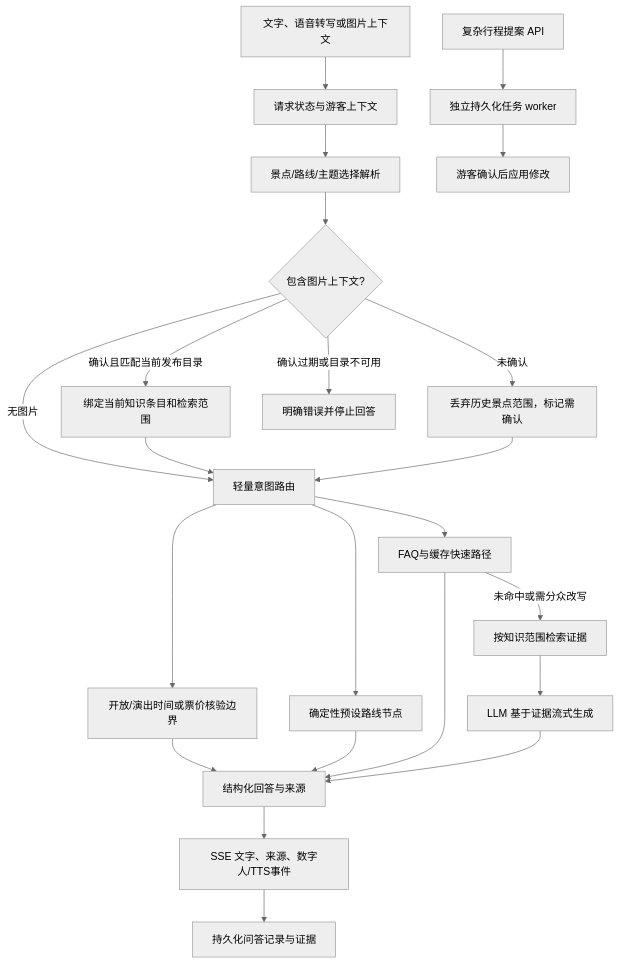
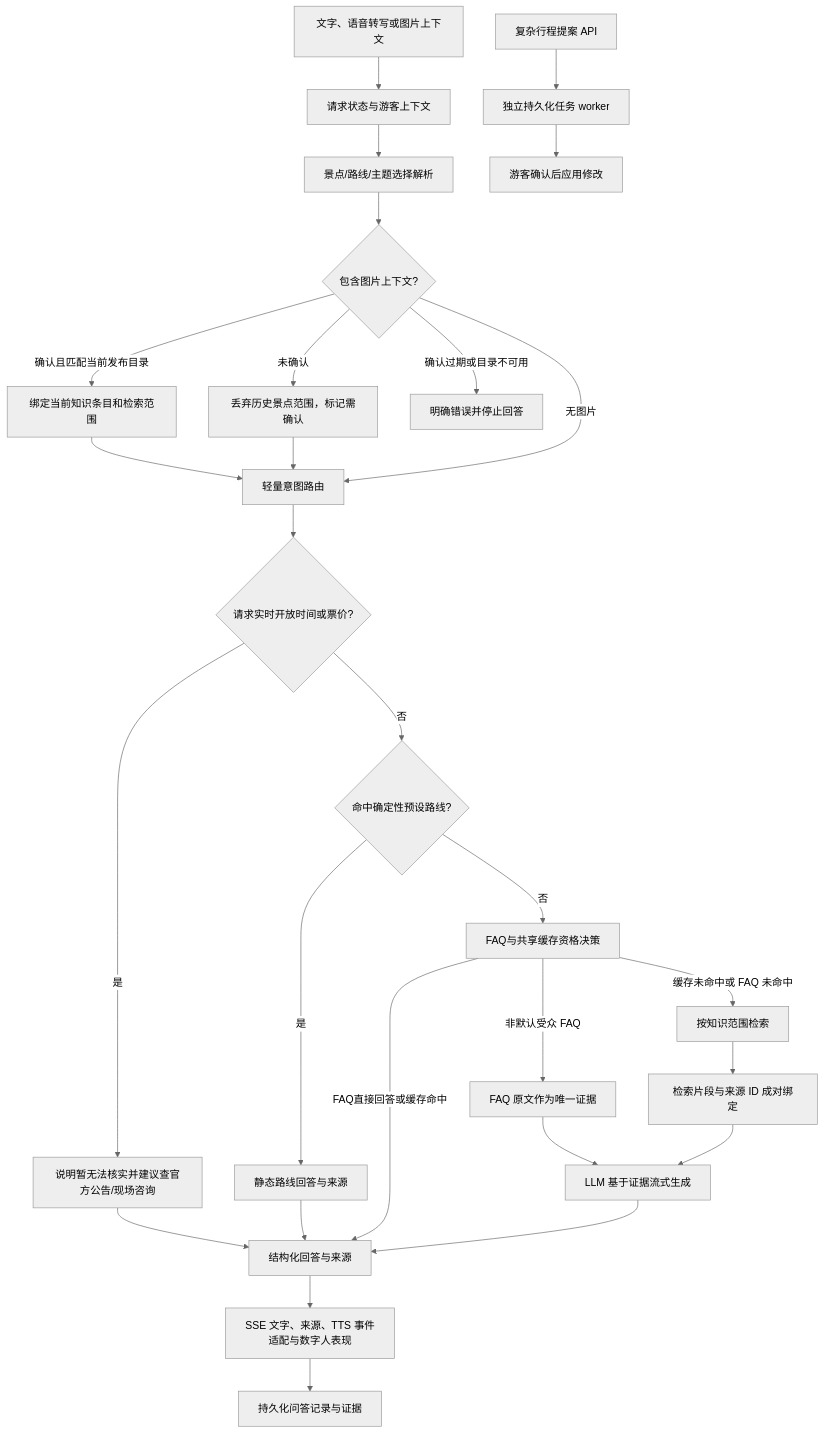
One commit to yumir3297/RuanJianBei changed the diagram in docs/architecture/TARGET.md. Above: the diagram before and after it, drawn with Mermaid (neutral theme). The commit also changed other lines of this file and 1 other file, not shown here.

Commit message:
docs: align target graph with QA evidence nodes

````diff
--- a/docs/architecture/TARGET.md
+++ b/docs/architecture/TARGET.md
@@ -9,25 +9,30 @@
 ```mermaid
 flowchart TD
   Input[文字、语音转写或图片上下文] --> State[请求状态与游客上下文]
   State --> Select[景点/路线/主题选择解析]
   Select --> Vision{包含图片上下文?}
   Vision -->|确认且匹配当前发布目录| Scope[绑定当前知识条目和检索范围]
   Vision -->|未确认| Unscoped[丢弃历史景点范围，标记需确认]
   Vision -->|确认过期或目录不可用| Stop[明确错误并停止回答]
   Vision -->|无图片| Intent[轻量意图路由]
   Scope --> Intent
   Unscoped --> Intent
-  Intent --> Schedule[开放/演出时间或票价核验边界]
-  Intent --> Route[确定性预设路线节点]
-  Intent --> Fast[FAQ与缓存快速路径]
-  Fast -->|未命中或需分众改写| RAG[按知识范围检索证据]
-  RAG --> Generate[LLM 基于证据流式生成]
-  Schedule --> Answer[结构化回答与来源]
-  Route --> Answer
-  Fast --> Answer
+  Intent --> Schedule{请求实时开放时间或票价?}
+  Schedule -->|是| Guarded[说明暂无法核实并建议查官方公告/现场咨询]
+  Schedule -->|否| Route{命中确定性预设路线?}
+  Route -->|是| RouteAnswer[静态路线回答与来源]
+  Route -->|否| Fast[FAQ与共享缓存资格决策]
+  Fast -->|FAQ直接回答或缓存命中| Answer[结构化回答与来源]
+  Fast -->|非默认受众 FAQ| FaqEvidence[FAQ 原文作为唯一证据]
+  Fast -->|缓存未命中或 FAQ 未命中| RAG[按知识范围检索]
+  FaqEvidence --> Generate[LLM 基于证据流式生成]
+  RAG --> Evidence[检索片段与来源 ID 成对绑定]
+  Evidence --> Generate
+  Guarded --> Answer
+  RouteAnswer --> Answer
   Generate --> Answer
-  Answer --> Output[SSE 文字、来源、数字人/TTS事件]
+  Answer --> Output[SSE 文字、来源、TTS 事件适配与数字人表现]
   Output --> Persist[持久化问答记录与证据]
   Itinerary[复杂行程提案 API] --> Worker[独立持久化任务 worker]
   Worker --> Confirm[游客确认后应用修改]
 ```
````
